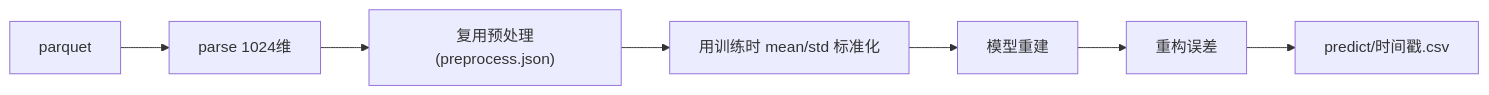
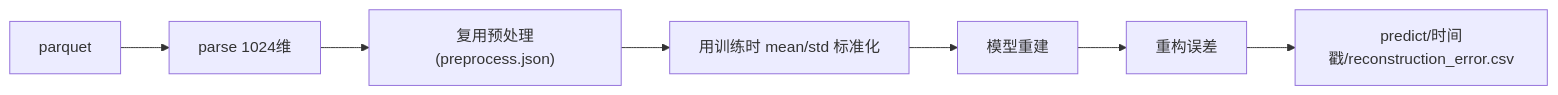
The third of 4 diagrams in md/算法与数据流.md (BiMouDangQing/NIR), drawn with Mermaid before and after one commit. The commit also changed other lines of this file and 21 other files, not shown here.

````diff
--- a/md/算法与数据流.md
+++ b/md/算法与数据流.md
@@ -157,9 +159,9 @@
 ```mermaid
 flowchart LR
     A["parquet"] --> B["parse 1024维"]
     B --> C["复用预处理(preprocess.json)"]
     C --> D["用训练时 mean/std 标准化"]
     D --> E["模型重建"]
     E --> F["重构误差"]
-    F --> G["predict/时间戳.csv"]
+    F --> G["predict/时间戳/reconstruction_error.csv"]
 ```
````
